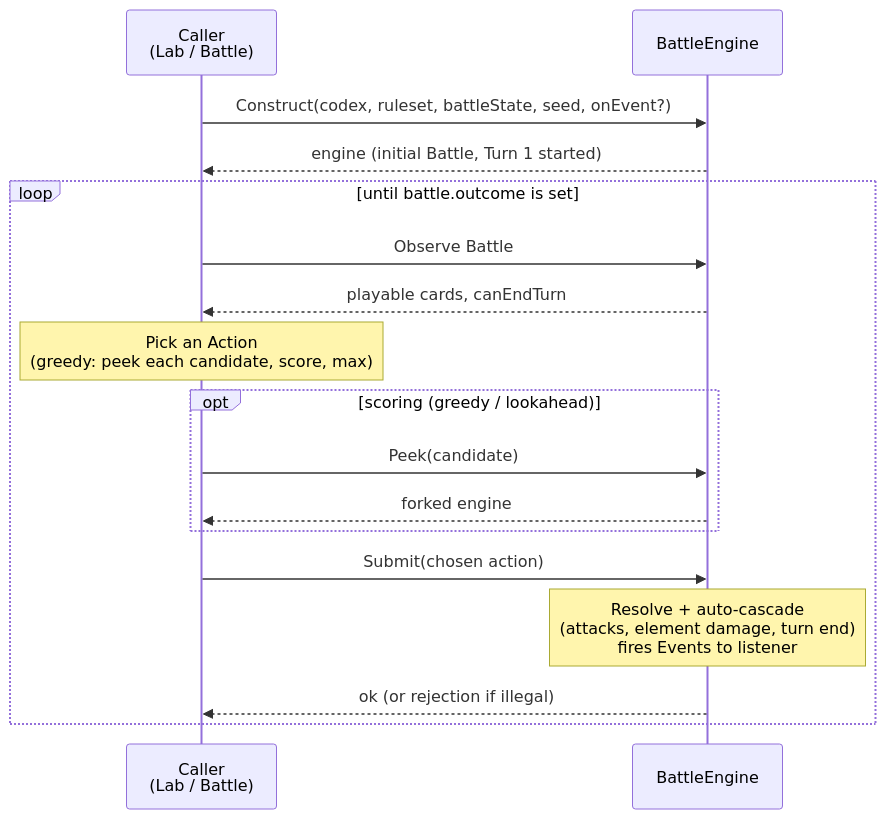
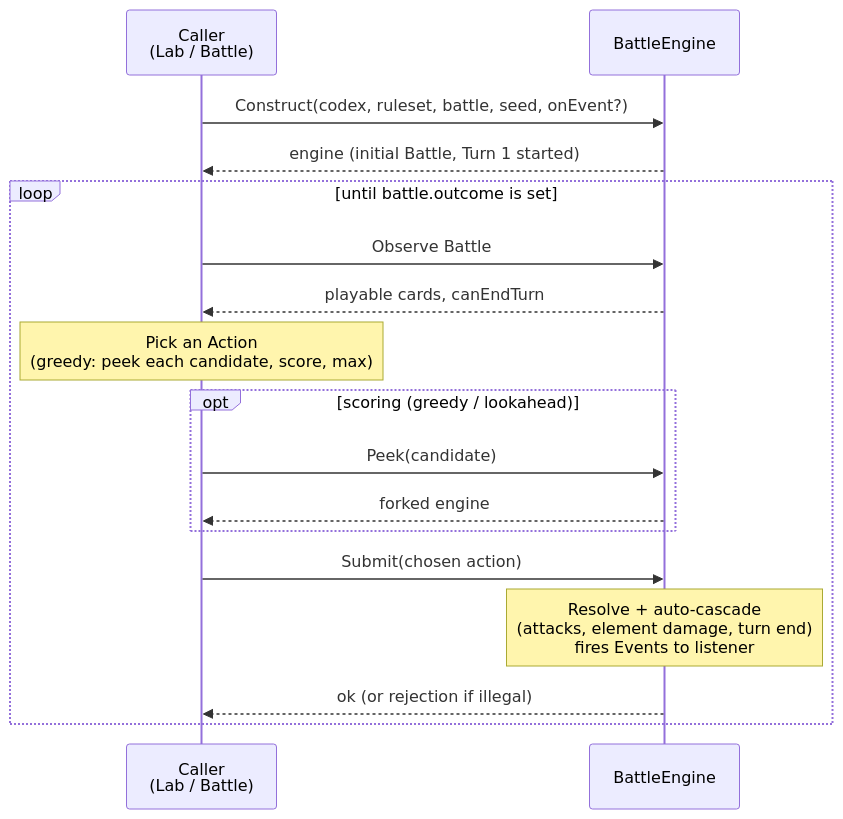
One commit to pslotinsky/decay-of-magic changed the second of 4 diagrams in docs/design/Design-010_engine-prototype.md. Above: the diagram before and after it, drawn with Mermaid. The commit also changed other lines of this file and 69 other files, not shown here.

````diff
--- a/docs/design/Design-010_engine-prototype.md
+++ b/docs/design/Design-010_engine-prototype.md
@@ -115,21 +114,21 @@
 ```mermaid
 sequenceDiagram
     participant Caller as Caller<br/>(Lab / Battle)
     participant Engine as BattleEngine
 
-    Caller->>Engine: Construct(codex, ruleset, battleState, seed, onEvent?)
+    Caller->>Engine: Construct(codex, ruleset, battle, seed, onEvent?)
     Engine-->>Caller: engine (initial Battle, Turn 1 started)
 
     loop until battle.outcome is set
         Caller->>Engine: Observe Battle
         Engine-->>Caller: playable cards, canEndTurn
         Note over Caller: Pick an Action<br/>(greedy: peek each candidate, score, max)
         opt scoring (greedy / lookahead)
             Caller->>Engine: Peek(candidate)
             Engine-->>Caller: forked engine
         end
         Caller->>Engine: Submit(chosen action)
         Note over Engine: Resolve + auto-cascade<br/>(attacks, element damage, turn end)<br/>fires Events to listener
         Engine-->>Caller: ok (or rejection if illegal)
     end
 ```
````
